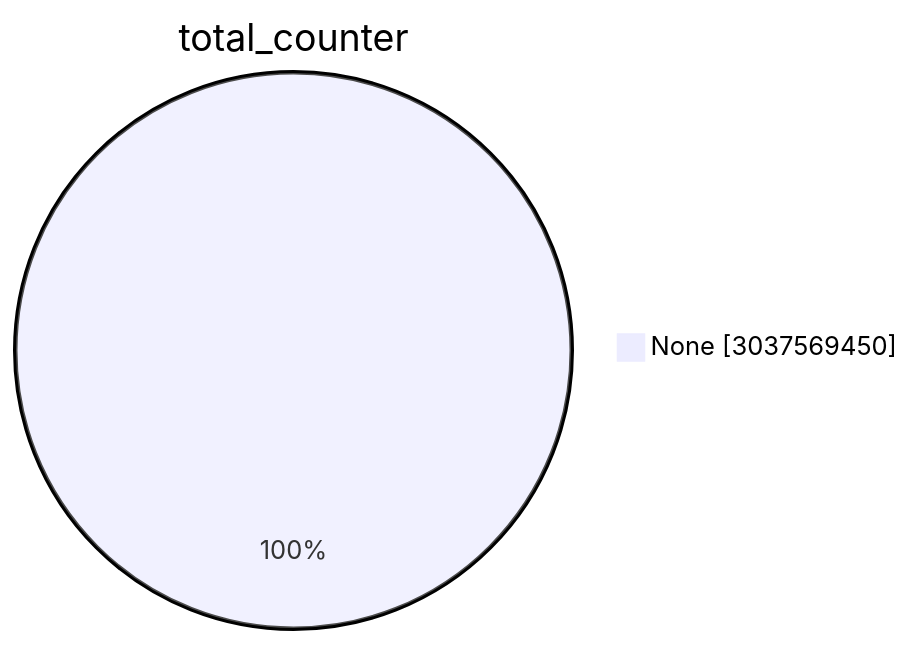
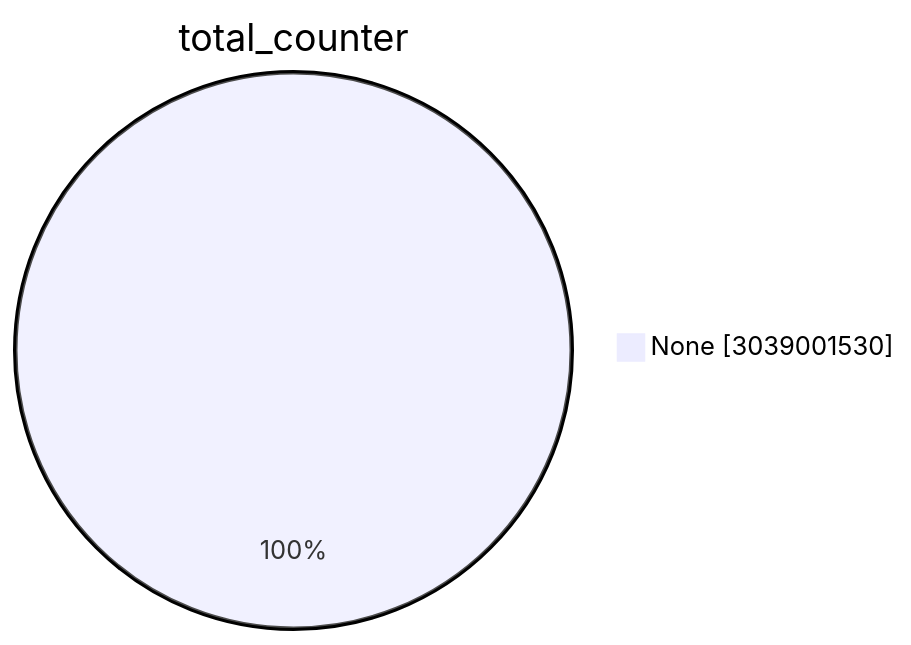
Before and after one commit to christiankrug/ctmonitor_visualization: the first of 15 diagrams in TOTAL/README.md, drawn with Mermaid. The commit also changed other lines of this file, not shown here.

````diff
--- a/TOTAL/README.md
+++ b/TOTAL/README.md
@@ -1,5 +1,5 @@
 ```mermaid
 pie showData
 title total_counter
-"None" :3037569450
+"None" :3039001530
 ```
````
